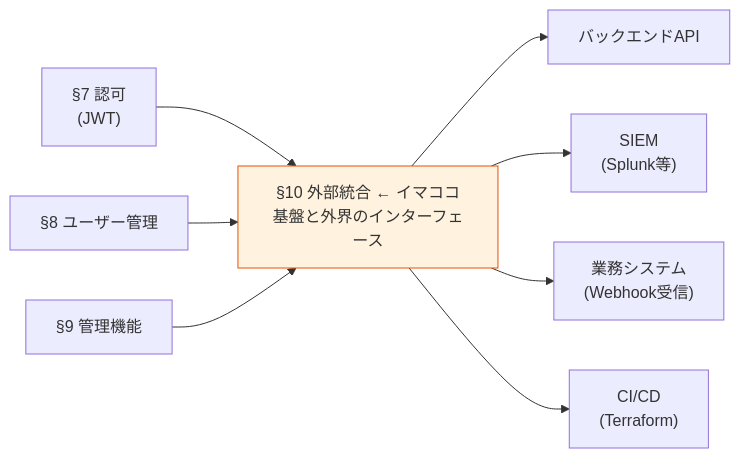
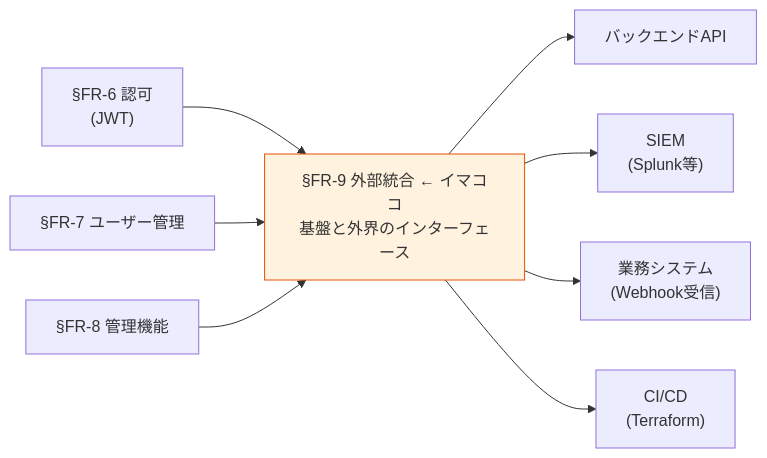
One commit to suepie/aws-atuh-poc changed the first of 2 diagrams in doc/requirements/proposal/fr/09-integration.md. Above: the diagram before and after it, drawn with Mermaid. The commit also changed other lines of this file and 30 other files, not shown here.

````diff
--- a/doc/requirements/proposal/fr/09-integration.md
+++ b/doc/requirements/proposal/fr/09-integration.md
@@ -25,21 +25,21 @@
 ```mermaid
 flowchart LR
-    S7["§7 認可<br/>(JWT)"]
-    S8["§8 ユーザー管理"]
-    S9["§9 管理機能"]
-    S10["§10 外部統合 ← イマココ<br/>基盤と外界のインターフェース"]
+    S7["§FR-6 認可<br/>(JWT)"]
+    S8["§FR-7 ユーザー管理"]
+    S9["§FR-8 管理機能"]
+    S10["§FR-9 外部統合 ← イマココ<br/>基盤と外界のインターフェース"]
     Ext1["バックエンドAPI"]
     Ext2["SIEM<br/>(Splunk等)"]
     Ext3["業務システム<br/>(Webhook受信)"]
     Ext4["CI/CD<br/>(Terraform)"]
 
     S7 --> S10
     S8 --> S10
     S9 --> S10
     S10 --> Ext1
     S10 --> Ext2
     S10 --> Ext3
     S10 --> Ext4
 
     style S10 fill:#fff3e0,stroke:#e65100
 ```
````
